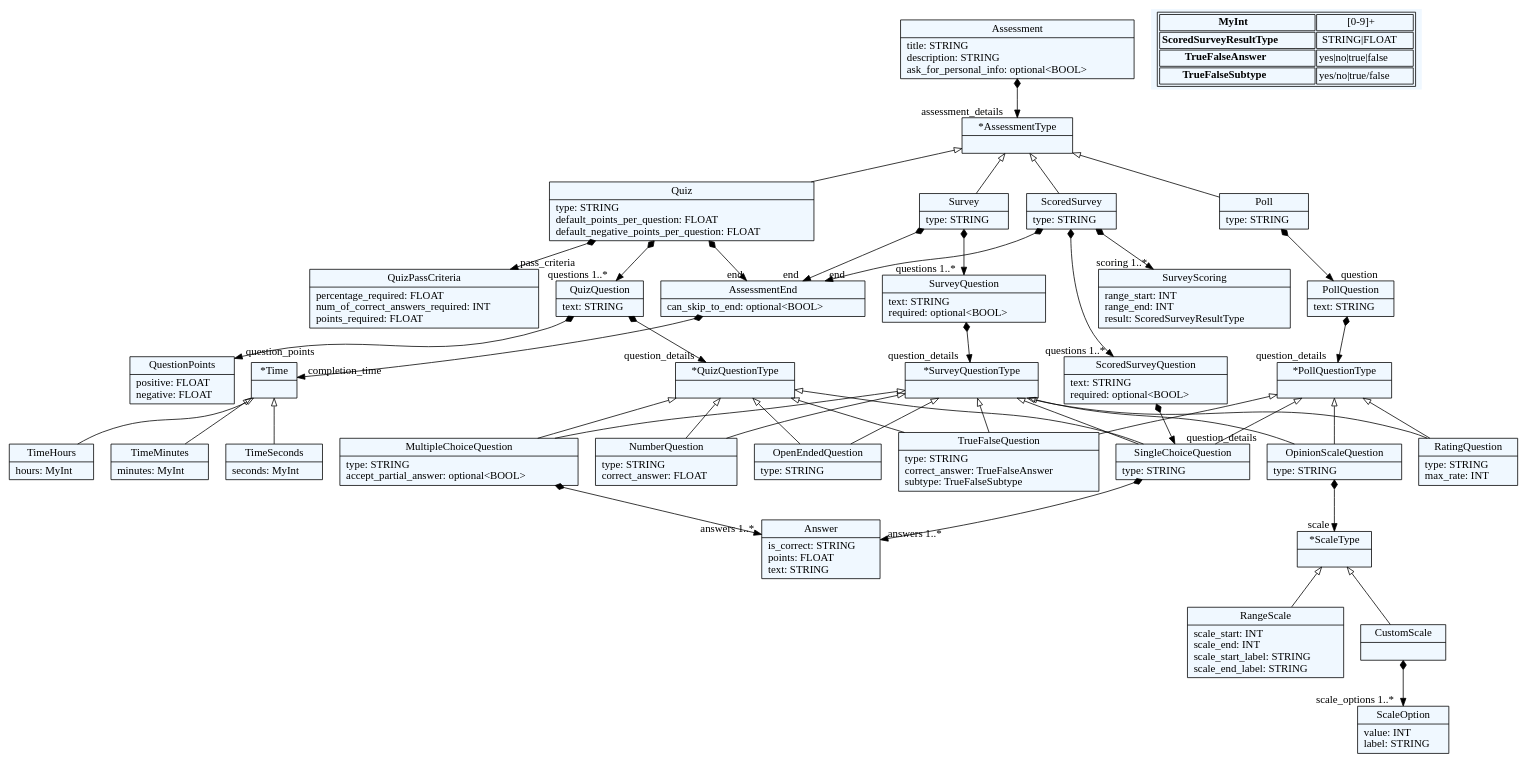
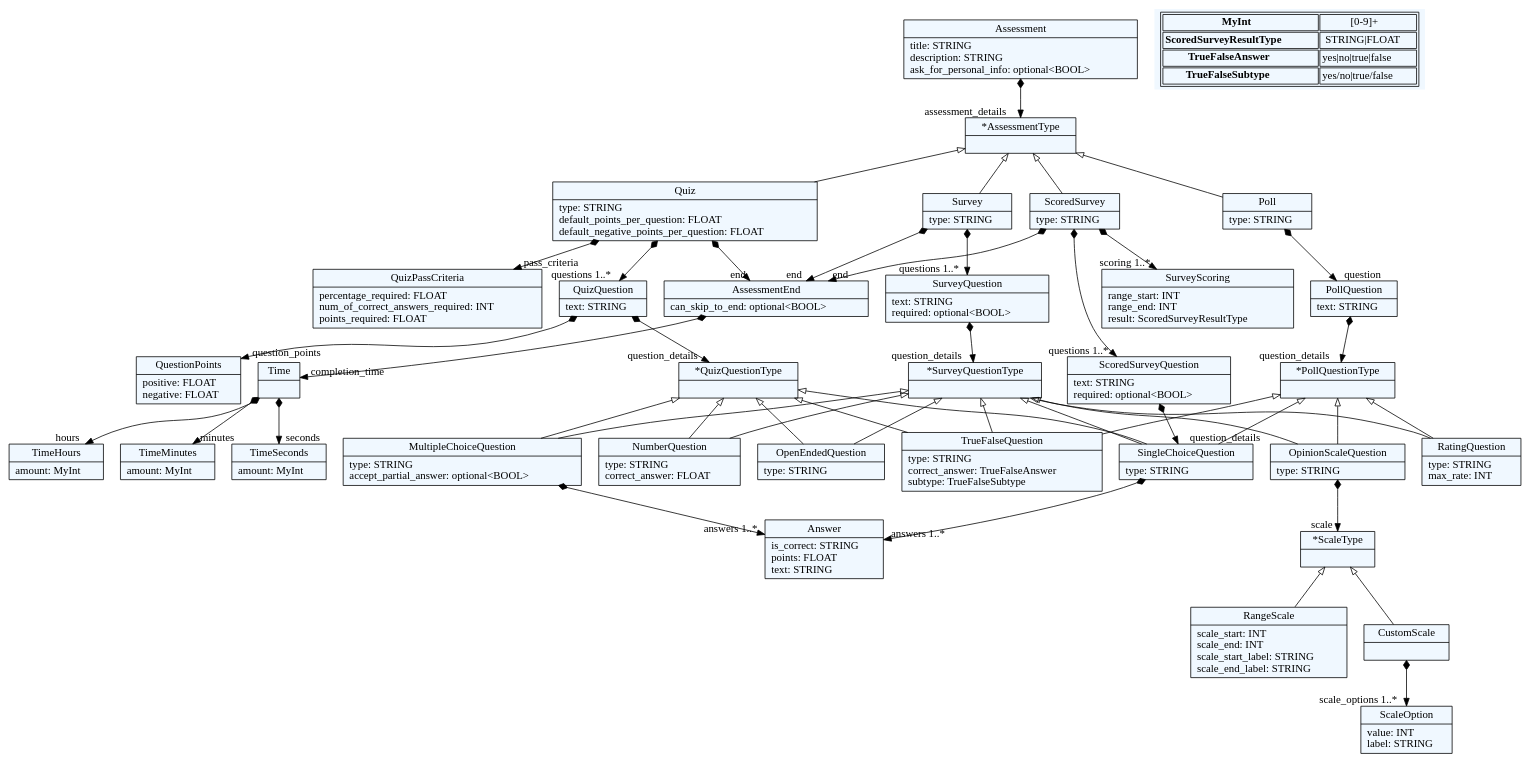
The diagram in dot_files/grammar.dot (NevenaAl/QuesTech), drawn with Graphviz before and after one commit. The commit also changed 9 other files, not shown here.

```diff
--- a/dot_files/grammar.dot
+++ b/dot_files/grammar.dot
@@ -1,143 +1,143 @@
 
     digraph textX {
     fontname = "Bitstream Vera Sans"
     fontsize = 8
     node[
         shape=record,
         style=filled,
         fillcolor=aliceblue
     ]
     nodesep = 0.3
     edge[dir=black,arrowtail=empty]
 
 
-2128530801872[ label="{Assessment|title: STRING\ldescription: STRING\lask_for_personal_info: optional\<BOOL\>\l}"]
+3212626430832[ label="{Assessment|title: STRING\ldescription: STRING\lask_for_personal_info: optional\<BOOL\>\l}"]
 
-2128530803824[ label="{*AssessmentType|}"]
+3212626431808[ label="{*AssessmentType|}"]
 
-2128530816512[ label="{Quiz|type: STRING\ldefault_points_per_question: FLOAT\ldefault_negative_points_per_question: FLOAT\l}"]
+3212626432784[ label="{Quiz|type: STRING\ldefault_points_per_question: FLOAT\ldefault_negative_points_per_question: FLOAT\l}"]
 
-2128530796992[ label="{Survey|type: STRING\l}"]
+3212626437664[ label="{Survey|type: STRING\l}"]
 
-2128530805776[ label="{ScoredSurvey|type: STRING\l}"]
+3212626435712[ label="{ScoredSurvey|type: STRING\l}"]
 
-2128496552032[ label="{Poll|type: STRING\l}"]
+3212626440592[ label="{Poll|type: STRING\l}"]
 
-2128531514752[ label="{SurveyScoring|range_start: INT\lrange_end: INT\lresult: ScoredSurveyResultType\l}"]
+3212626439616[ label="{SurveyScoring|range_start: INT\lrange_end: INT\lresult: ScoredSurveyResultType\l}"]
 
-2128531488400[ label="{PollQuestion|text: STRING\l}"]
+3212624724224[ label="{PollQuestion|text: STRING\l}"]
 
-2128531500112[ label="{SurveyQuestion|text: STRING\lrequired: optional\<BOOL\>\l}"]
+3212627376160[ label="{SurveyQuestion|text: STRING\lrequired: optional\<BOOL\>\l}"]
 
-2128531485472[ label="{QuizQuestion|text: STRING\l}"]
+3212627381040[ label="{QuizQuestion|text: STRING\l}"]
 
-2128531512800[ label="{ScoredSurveyQuestion|text: STRING\lrequired: optional\<BOOL\>\l}"]
+3212627369328[ label="{ScoredSurveyQuestion|text: STRING\lrequired: optional\<BOOL\>\l}"]
 
-2128531506944[ label="{*SurveyQuestionType|}"]
+3212627382016[ label="{*SurveyQuestionType|}"]
 
-2128531511824[ label="{*QuizQuestionType|}"]
+3212627370304[ label="{*QuizQuestionType|}"]
 
-2128531497184[ label="{*PollQuestionType|}"]
+3212627354688[ label="{*PollQuestionType|}"]
 
-2128531498160[ label="{QuizPassCriteria|percentage_required: FLOAT\lnum_of_correct_answers_required: INT\lpoints_required: FLOAT\l}"]
+3212627359568[ label="{QuizPassCriteria|percentage_required: FLOAT\lnum_of_correct_answers_required: INT\lpoints_required: FLOAT\l}"]
 
-2128531501088[ label="{QuestionPoints|positive: FLOAT\lnegative: FLOAT\l}"]
+3212627373232[ label="{QuestionPoints|positive: FLOAT\lnegative: FLOAT\l}"]
 
-2128531510848[ label="{OpenEndedQuestion|type: STRING\l}"]
+3212627368352[ label="{OpenEndedQuestion|type: STRING\l}"]
 
-2128531502064[ label="{TrueFalseQuestion|type: STRING\lcorrect_answer: TrueFalseAnswer\lsubtype: TrueFalseSubtype\l}"]
+3212627379088[ label="{TrueFalseQuestion|type: STRING\lcorrect_answer: TrueFalseAnswer\lsubtype: TrueFalseSubtype\l}"]
 
-2128531483520[ label="{SingleChoiceQuestion|type: STRING\l}"]
+3212627382992[ label="{SingleChoiceQuestion|type: STRING\l}"]
 
-2128531517680[ label="{MultipleChoiceQuestion|type: STRING\laccept_partial_answer: optional\<BOOL\>\l}"]
+3212627371280[ label="{MultipleChoiceQuestion|type: STRING\laccept_partial_answer: optional\<BOOL\>\l}"]
 
-2128531486448[ label="{NumberQuestion|type: STRING\lcorrect_answer: FLOAT\l}"]
+3212627365424[ label="{NumberQuestion|type: STRING\lcorrect_answer: FLOAT\l}"]
 
-2128531520608[ label="{OpinionScaleQuestion|type: STRING\l}"]
+3212627372256[ label="{OpinionScaleQuestion|type: STRING\l}"]
 
-2128531489376[ label="{*ScaleType|}"]
+3212627384944[ label="{*ScaleType|}"]
 
-2128531536224[ label="{RangeScale|scale_start: INT\lscale_end: INT\lscale_start_label: STRING\lscale_end_label: STRING\l}"]
+3212627356640[ label="{RangeScale|scale_start: INT\lscale_end: INT\lscale_start_label: STRING\lscale_end_label: STRING\l}"]
 
-2128531537200[ label="{CustomScale|}"]
+3212627408368[ label="{CustomScale|}"]
 
-2128531522560[ label="{ScaleOption|value: INT\llabel: STRING\l}"]
+3212627409344[ label="{ScaleOption|value: INT\llabel: STRING\l}"]
 
-2128531539152[ label="{RatingQuestion|type: STRING\lmax_rate: INT\l}"]
+3212627391776[ label="{RatingQuestion|type: STRING\lmax_rate: INT\l}"]
 
-2128531540128[ label="{Answer|is_correct: STRING\lpoints: FLOAT\ltext: STRING\l}"]
+3212627400560[ label="{Answer|is_correct: STRING\lpoints: FLOAT\ltext: STRING\l}"]
 
-2128531524512[ label="{AssessmentEnd|can_skip_to_end: optional\<BOOL\>\l}"]
+3212627411296[ label="{AssessmentEnd|can_skip_to_end: optional\<BOOL\>\l}"]
 
-2128531528416[ label="{TimeHours|hours: MyInt\l}"]
+3212627392752[ label="{TimeHours|amount: MyInt\l}"]
 
-2128531527440[ label="{TimeMinutes|minutes: MyInt\l}"]
+3212627415200[ label="{TimeMinutes|amount: MyInt\l}"]
 
-2128531541104[ label="{TimeSeconds|seconds: MyInt\l}"]
+3212627395680[ label="{TimeSeconds|amount: MyInt\l}"]
 
-2128531543056[ label="{*Time|}"]
+3212627404464[ label="{Time|}"]
 
 
 
-2128530801872 -> 2128530803824[arrowtail=diamond, dir=both, headlabel="assessment_details "]
-2128530803824 -> 2128530816512 [dir=back]
-2128530803824 -> 2128530796992 [dir=back]
-2128530803824 -> 2128530805776 [dir=back]
-2128530803824 -> 2128496552032 [dir=back]
-2128530816512 -> 2128531485472[arrowtail=diamond, dir=both, headlabel="questions 1..*"]
-2128530816512 -> 2128531524512[arrowtail=diamond, dir=both, headlabel="end "]
-2128530816512 -> 2128531498160[arrowtail=diamond, dir=both, headlabel="pass_criteria "]
-2128530796992 -> 2128531500112[arrowtail=diamond, dir=both, headlabel="questions 1..*"]
-2128530796992 -> 2128531524512[arrowtail=diamond, dir=both, headlabel="end "]
-2128530805776 -> 2128531512800[arrowtail=diamond, dir=both, headlabel="questions 1..*"]
-2128530805776 -> 2128531524512[arrowtail=diamond, dir=both, headlabel="end "]
-2128530805776 -> 2128531514752[arrowtail=diamond, dir=both, headlabel="scoring 1..*"]
-2128496552032 -> 2128531488400[arrowtail=diamond, dir=both, headlabel="question "]
-2128531488400 -> 2128531497184[arrowtail=diamond, dir=both, headlabel="question_details "]
-2128531500112 -> 2128531506944[arrowtail=diamond, dir=both, headlabel="question_details "]
-2128531485472 -> 2128531511824[arrowtail=diamond, dir=both, headlabel="question_details "]
-2128531485472 -> 2128531501088[arrowtail=diamond, dir=both, headlabel="question_points "]
-2128531512800 -> 2128531483520[arrowtail=diamond, dir=both, headlabel="question_details "]
-2128531506944 -> 2128531510848 [dir=back]
-2128531506944 -> 2128531483520 [dir=back]
-2128531506944 -> 2128531517680 [dir=back]
-2128531506944 -> 2128531502064 [dir=back]
-2128531506944 -> 2128531486448 [dir=back]
-2128531506944 -> 2128531520608 [dir=back]
-2128531506944 -> 2128531539152 [dir=back]
-2128531511824 -> 2128531510848 [dir=back]
-2128531511824 -> 2128531483520 [dir=back]
-2128531511824 -> 2128531517680 [dir=back]
-2128531511824 -> 2128531502064 [dir=back]
-2128531511824 -> 2128531486448 [dir=back]
-2128531497184 -> 2128531483520 [dir=back]
-2128531497184 -> 2128531502064 [dir=back]
-2128531497184 -> 2128531539152 [dir=back]
-2128531497184 -> 2128531520608 [dir=back]
-2128531483520 -> 2128531540128[arrowtail=diamond, dir=both, headlabel="answers 1..*"]
-2128531517680 -> 2128531540128[arrowtail=diamond, dir=both, headlabel="answers 1..*"]
-2128531520608 -> 2128531489376[arrowtail=diamond, dir=both, headlabel="scale "]
-2128531489376 -> 2128531536224 [dir=back]
-2128531489376 -> 2128531537200 [dir=back]
-2128531537200 -> 2128531522560[arrowtail=diamond, dir=both, headlabel="scale_options 1..*"]
-2128531524512 -> 2128531543056[arrowtail=diamond, dir=both, headlabel="completion_time "]
-2128531543056 -> 2128531528416 [dir=back]
-2128531543056 -> 2128531527440 [dir=back]
-2128531543056 -> 2128531541104 [dir=back]
+3212626430832 -> 3212626431808[arrowtail=diamond, dir=both, headlabel="assessment_details "]
+3212626431808 -> 3212626432784 [dir=back]
+3212626431808 -> 3212626437664 [dir=back]
+3212626431808 -> 3212626435712 [dir=back]
+3212626431808 -> 3212626440592 [dir=back]
+3212626432784 -> 3212627381040[arrowtail=diamond, dir=both, headlabel="questions 1..*"]
+3212626432784 -> 3212627411296[arrowtail=diamond, dir=both, headlabel="end "]
+3212626432784 -> 3212627359568[arrowtail=diamond, dir=both, headlabel="pass_criteria "]
+3212626437664 -> 3212627376160[arrowtail=diamond, dir=both, headlabel="questions 1..*"]
+3212626437664 -> 3212627411296[arrowtail=diamond, dir=both, headlabel="end "]
+3212626435712 -> 3212627369328[arrowtail=diamond, dir=both, headlabel="questions 1..*"]
+3212626435712 -> 3212627411296[arrowtail=diamond, dir=both, headlabel="end "]
+3212626435712 -> 3212626439616[arrowtail=diamond, dir=both, headlabel="scoring 1..*"]
+3212626440592 -> 3212624724224[arrowtail=diamond, dir=both, headlabel="question "]
+3212624724224 -> 3212627354688[arrowtail=diamond, dir=both, headlabel="question_details "]
+3212627376160 -> 3212627382016[arrowtail=diamond, dir=both, headlabel="question_details "]
+3212627381040 -> 3212627370304[arrowtail=diamond, dir=both, headlabel="question_details "]
+3212627381040 -> 3212627373232[arrowtail=diamond, dir=both, headlabel="question_points "]
+3212627369328 -> 3212627382992[arrowtail=diamond, dir=both, headlabel="question_details "]
+3212627382016 -> 3212627368352 [dir=back]
+3212627382016 -> 3212627382992 [dir=back]
+3212627382016 -> 3212627371280 [dir=back]
+3212627382016 -> 3212627379088 [dir=back]
+3212627382016 -> 3212627365424 [dir=back]
+3212627382016 -> 3212627372256 [dir=back]
+3212627382016 -> 3212627391776 [dir=back]
+3212627370304 -> 3212627368352 [dir=back]
+3212627370304 -> 3212627382992 [dir=back]
+3212627370304 -> 3212627371280 [dir=back]
+3212627370304 -> 3212627379088 [dir=back]
+3212627370304 -> 3212627365424 [dir=back]
+3212627354688 -> 3212627382992 [dir=back]
+3212627354688 -> 3212627379088 [dir=back]
+3212627354688 -> 3212627391776 [dir=back]
+3212627354688 -> 3212627372256 [dir=back]
+3212627382992 -> 3212627400560[arrowtail=diamond, dir=both, headlabel="answers 1..*"]
+3212627371280 -> 3212627400560[arrowtail=diamond, dir=both, headlabel="answers 1..*"]
+3212627372256 -> 3212627384944[arrowtail=diamond, dir=both, headlabel="scale "]
+3212627384944 -> 3212627356640 [dir=back]
+3212627384944 -> 3212627408368 [dir=back]
+3212627408368 -> 3212627409344[arrowtail=diamond, dir=both, headlabel="scale_options 1..*"]
+3212627411296 -> 3212627404464[arrowtail=diamond, dir=both, headlabel="completion_time "]
+3212627404464 -> 3212627392752[arrowtail=diamond, dir=both, headlabel="hours "]
+3212627404464 -> 3212627415200[arrowtail=diamond, dir=both, headlabel="minutes "]
+3212627404464 -> 3212627395680[arrowtail=diamond, dir=both, headlabel="seconds "]
 match_rules [ shape=plaintext, label=< <table>
 	<tr>
 		<td><b>MyInt</b></td><td>[0-9]+</td>
 	</tr>
 	<tr>
 		<td><b>ScoredSurveyResultType</b></td><td>STRING|FLOAT</td>
 	</tr>
 	<tr>
 		<td><b>TrueFalseAnswer</b></td><td>yes|no|true|false</td>
 	</tr>
 	<tr>
 		<td><b>TrueFalseSubtype</b></td><td>yes/no|true/false</td>
 	</tr>
 </table> >]
 
 
 }
```
